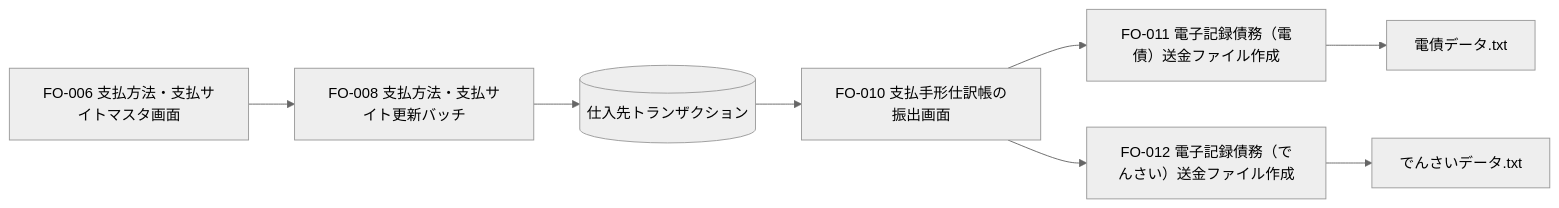
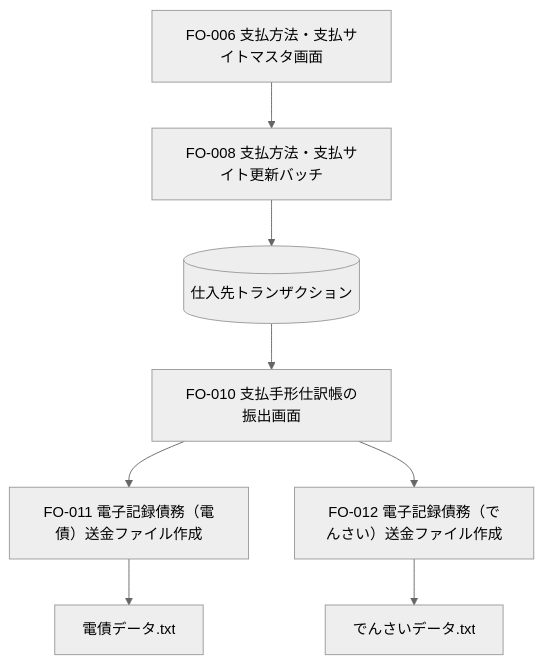
One commit to tujinrong/temp changed the second of 3 diagrams in output/FO-006_詳細設計書_支払方法・支払サイトマスタ画面.md. Above: the diagram before and after it, drawn with Mermaid (neutral theme). The commit also changed other lines of this file and 5 other files, not shown here.

````diff
--- a/output/FO-006_詳細設計書_支払方法・支払サイトマスタ画面.md
+++ b/output/FO-006_詳細設計書_支払方法・支払サイトマスタ画面.md
@@ -270,10 +248,10 @@
 ```mermaid
-flowchart LR
+flowchart TD
     FO006["FO-006 支払方法・支払サイトマスタ画面"] --> FO008["FO-008 支払方法・支払サイト更新バッチ"]
     FO008 --> VT[("仕入先トランザクション")]
     VT --> FO010["FO-010 支払手形仕訳帳の振出画面"]
     FO010 --> FO011["FO-011 電子記録債務（電債）送金ファイル作成"]
     FO010 --> FO012["FO-012 電子記録債務（でんさい）送金ファイル作成"]
     FO011 --> F11["電債データ.txt"]
     FO012 --> F12["でんさいデータ.txt"]
 ```
````
